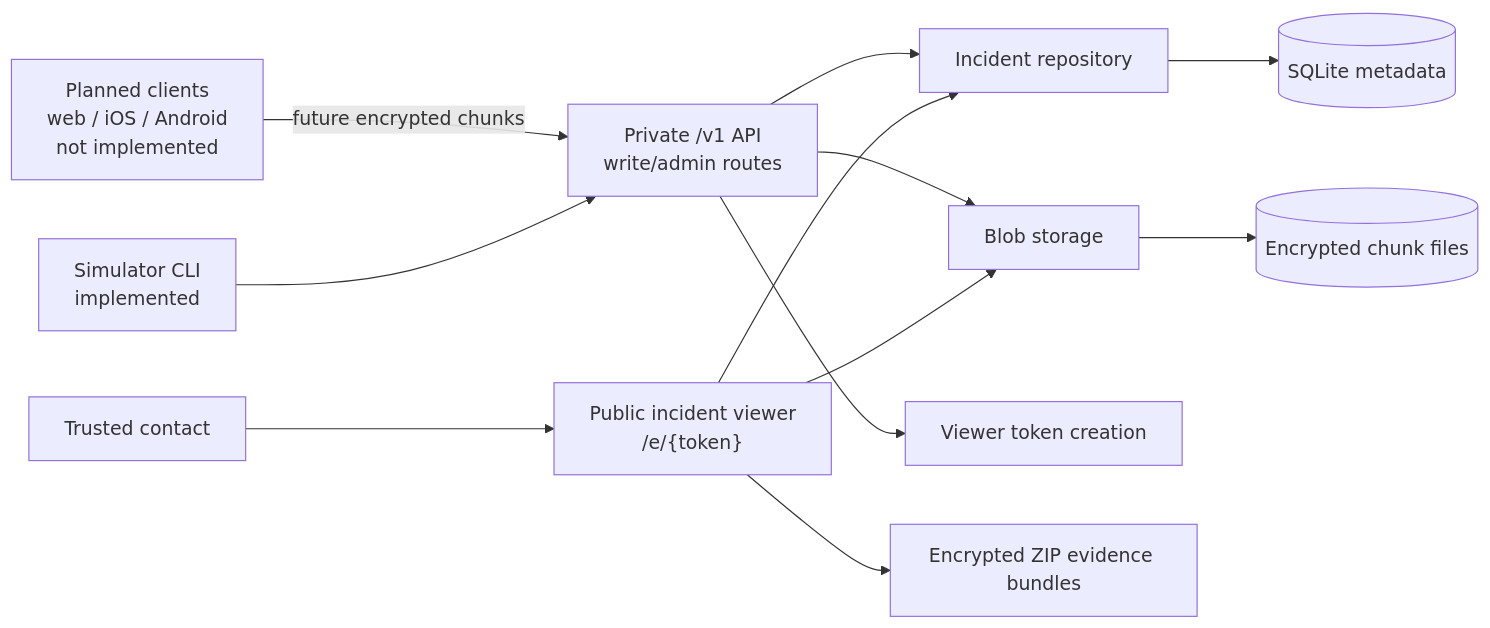
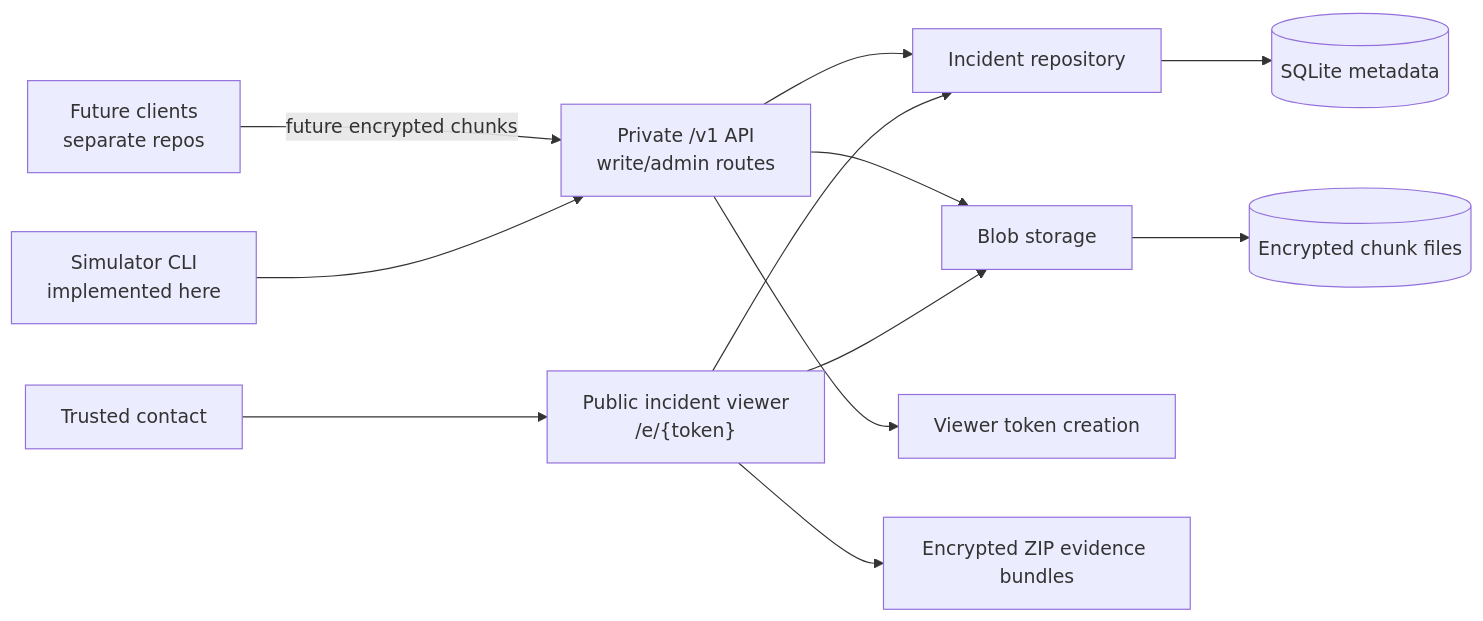
The first of 4 diagrams in docs/architecture.md (open-proofline/server), drawn with Mermaid before and after one commit. The commit also changed other lines of this file, not shown here.

Commit message:
Clarify server role in architecture docs

````diff
--- a/docs/architecture.md
+++ b/docs/architecture.md
@@ -11,14 +13,14 @@
 ```mermaid
 flowchart LR
-    FutureClients["Planned clients<br/>web / iOS / Android<br/>not implemented"] -->|"future encrypted chunks"| PrivateAPI["Private /v1 API<br/>write/admin routes"]
-    Simulator["Simulator CLI<br/>implemented"] --> PrivateAPI
+    FutureClients["Future clients<br/>separate repos"] -->|"future encrypted chunks"| PrivateAPI["Private /v1 API<br/>write/admin routes"]
+    Simulator["Simulator CLI<br/>implemented here"] --> PrivateAPI
     PrivateAPI --> Repo["Incident repository"]
     Repo --> DB[(SQLite metadata)]
     PrivateAPI --> Store["Blob storage"]
     Store --> Files[(Encrypted chunk files)]
     PrivateAPI --> Token["Viewer token creation"]
     Contact["Trusted contact"] --> Viewer["Public incident viewer<br/>/e/{token}"]
     Viewer --> Repo
     Viewer --> Store
     Viewer --> Bundle["Encrypted ZIP evidence bundles"]
 ```
````
